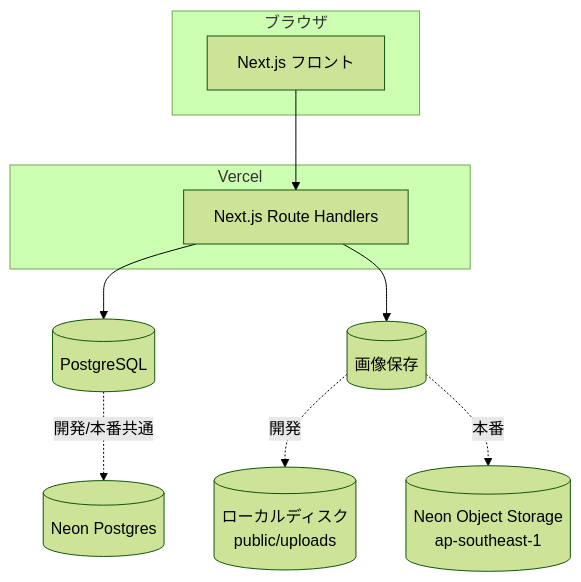
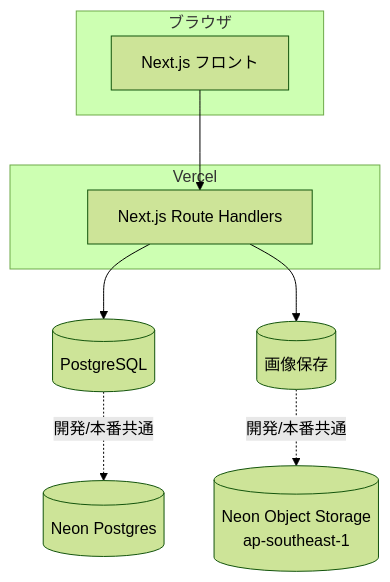
One commit to saitama-Agile2026/team-a changed the first of 3 diagrams in documents/02_tech_spec.md. Above: the diagram before and after it, drawn with Mermaid (forest theme). The commit also changed other lines of this file and 6 other files, not shown here.

````diff
--- a/documents/02_tech_spec.md
+++ b/documents/02_tech_spec.md
@@ -23,14 +23,13 @@
 ```mermaid
 flowchart TB
     subgraph Client[ブラウザ]
         UI[Next.js フロント]
     end
     subgraph Vercel
         UI --> API[Next.js Route Handlers]
     end
     API --> DB[(PostgreSQL)]
     DB -.開発/本番共通.-> NeonDB[(Neon Postgres)]
     API --> Obj[(画像保存)]
-    Obj -.開発.-> LocalFS[(ローカルディスク\npublic/uploads)]
-    Obj -.本番.-> NeonObj[(Neon Object Storage\nap-southeast-1)]
+    Obj -.開発/本番共通.-> NeonObj[(Neon Object Storage\nap-southeast-1)]
 ```
````
